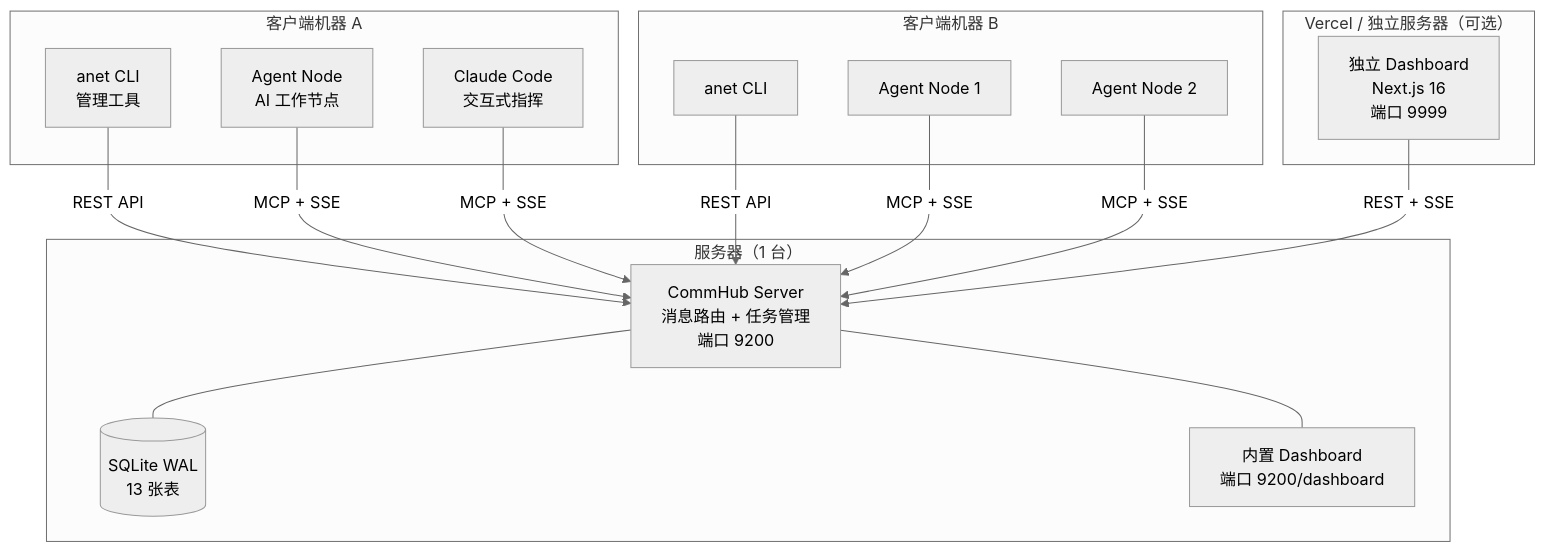
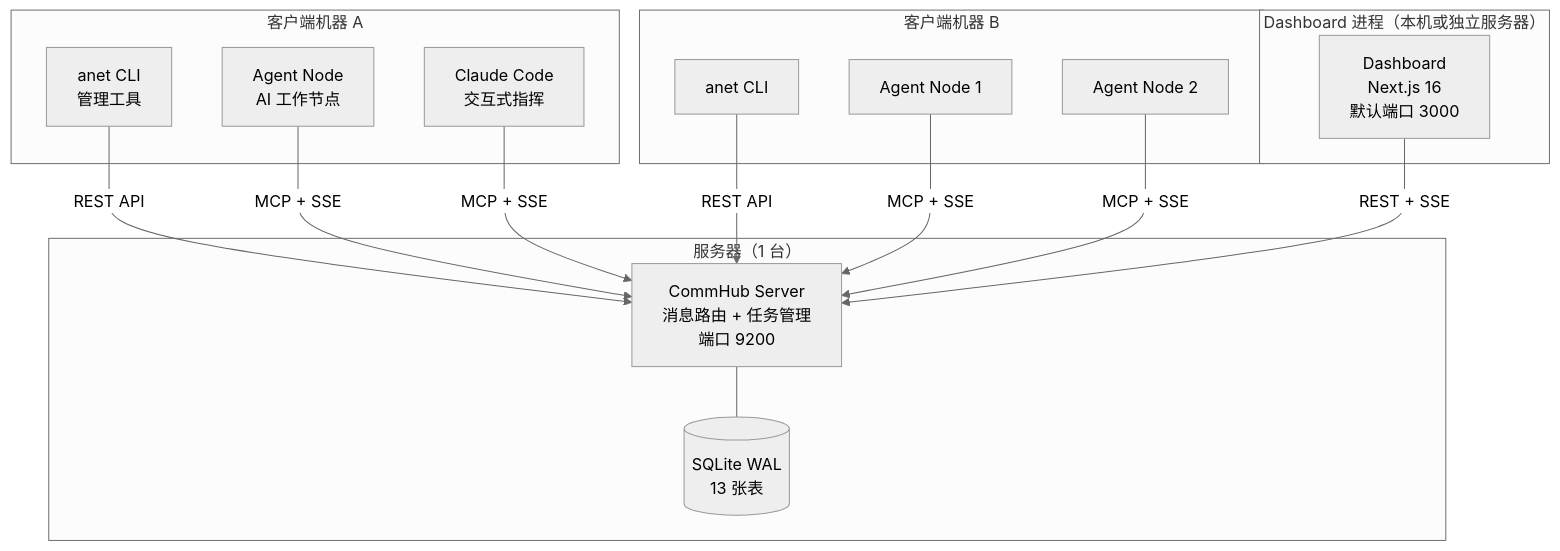
The first of 7 diagrams in docs-site/docs/guide/architecture.md (sleep2agi/agent-network), drawn with Mermaid (neutral theme) before and after one commit. The commit also changed other lines of this file and 70 other files, not shown here.

````diff
--- a/docs-site/docs/guide/architecture.md
+++ b/docs-site/docs/guide/architecture.md
@@ -9,34 +9,32 @@
 ```mermaid
 graph TB
     subgraph "服务器（1 台）"
         S["CommHub Server<br/>消息路由 + 任务管理<br/>端口 9200"]
         DB[(SQLite WAL<br/>13 张表)]
-        DASH_LITE["内置 Dashboard<br/>端口 9200/dashboard"]
         S --- DB
-        S --- DASH_LITE
     end
 
-    subgraph "Vercel / 独立服务器（可选）"
-        DASH_FULL["独立 Dashboard<br/>Next.js 16<br/>端口 9999"]
+    subgraph "Dashboard 进程（本机或独立服务器）"
+        DASH_FULL["Dashboard<br/>Next.js 16<br/>默认端口 3000"]
     end
 
     subgraph "客户端机器 A"
         CLI_A["anet CLI<br/>管理工具"]
         AN_A["Agent Node<br/>AI 工作节点"]
         CC_A["Claude Code<br/>交互式指挥"]
     end
 
     subgraph "客户端机器 B"
         CLI_B["anet CLI"]
         AN_B1["Agent Node 1"]
         AN_B2["Agent Node 2"]
     end
 
     CLI_A -->|"REST API"| S
     AN_A -->|"MCP + SSE"| S
     CC_A -->|"MCP + SSE"| S
     CLI_B -->|"REST API"| S
     AN_B1 -->|"MCP + SSE"| S
     AN_B2 -->|"MCP + SSE"| S
     DASH_FULL -->|"REST + SSE"| S
 ```
````
